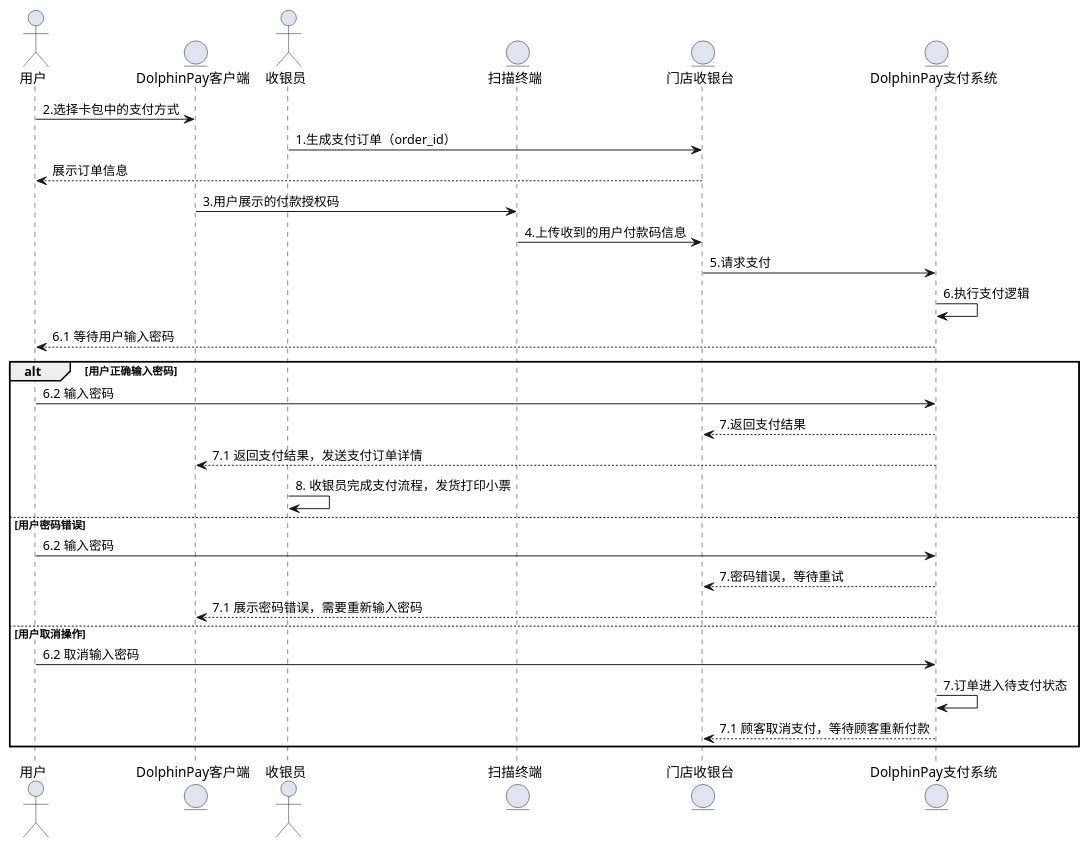
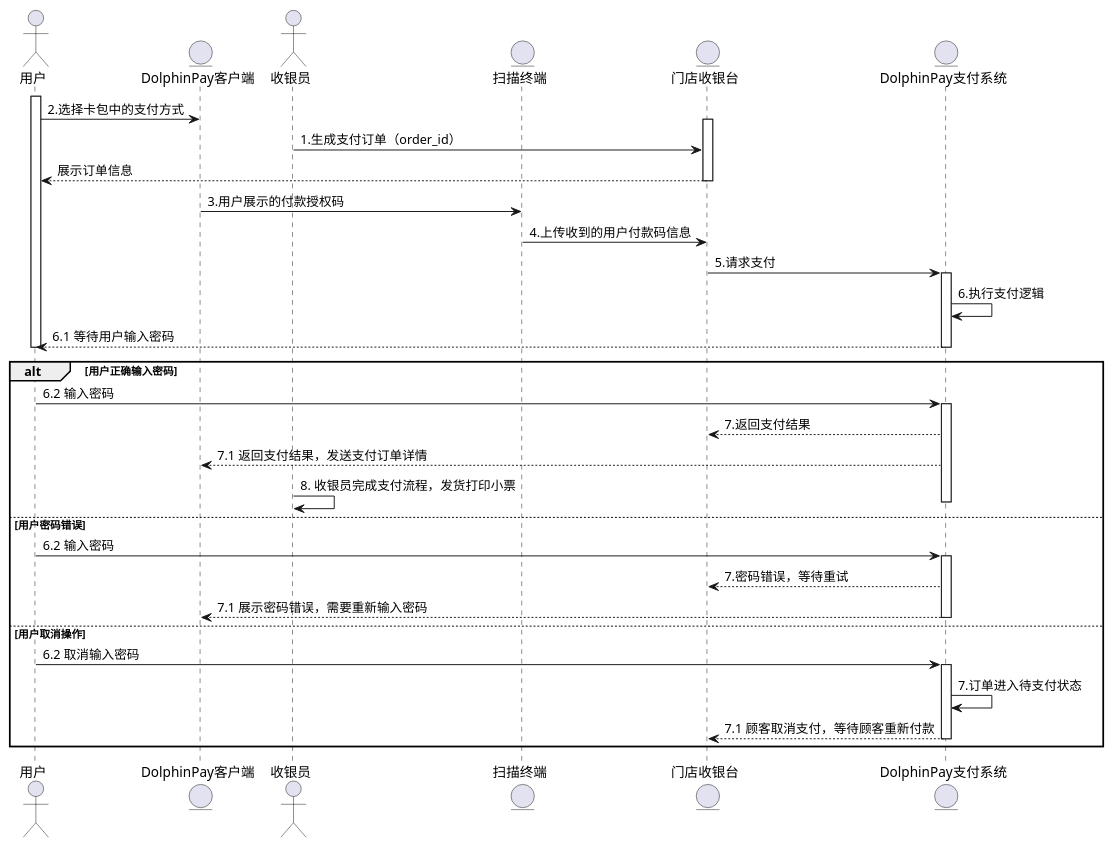
The diagram in product/dolphin_pay_need_password.puml (zhouchiji/statsthinking21-python), drawn with PlantUML before and after one commit. The commit also changed 4 other files, not shown here.

```diff
--- a/product/dolphin_pay_need_password.puml
+++ b/product/dolphin_pay_need_password.puml
@@ -1,31 +1,43 @@
 @startuml
 actor       用户          as USER
 entity      DolphinPay客户端    as APP
 actor       收银员         as CASHIER
 entity      扫描终端       as SCAN
 entity      门店收银台       as CHECKOUT
 entity      DolphinPay支付系统       as PAY
 
+activate USER
 USER -> APP : 2.选择卡包中的支付方式
+activate CHECKOUT
 CASHIER -> CHECKOUT:1.生成支付订单（order_id）
 CHECKOUT --> USER: 展示订单信息
+deactivate CHECKOUT
 APP -> SCAN: 3.用户展示的付款授权码
 SCAN -> CHECKOUT: 4.上传收到的用户付款码信息
 CHECKOUT -> PAY: 5.请求支付
+activate PAY
 PAY->PAY: 6.执行支付逻辑
 PAY --> USER: 6.1 等待用户输入密码
+deactivate PAY
+deactivate USER
 alt 用户正确输入密码
     USER -> PAY: 6.2 输入密码
+    activate PAY
     PAY --> CHECKOUT: 7.返回支付结果
     PAY --> APP: 7.1 返回支付结果，发送支付订单详情
     CASHIER ->CASHIER: 8. 收银员完成支付流程，发货打印小票
+    deactivate PAY
 else 用户密码错误
     USER -> PAY: 6.2 输入密码
+    activate PAY
     PAY --> CHECKOUT: 7.密码错误，等待重试
     PAY --> APP: 7.1 展示密码错误，需要重新输入密码
+    deactivate PAY
 else 用户取消操作
     USER -> PAY: 6.2 取消输入密码
+    activate PAY
     PAY -> PAY: 7.订单进入待支付状态
     PAY --> CHECKOUT: 7.1 顾客取消支付，等待顾客重新付款
+    deactivate PAY
 end
 @enduml
```
